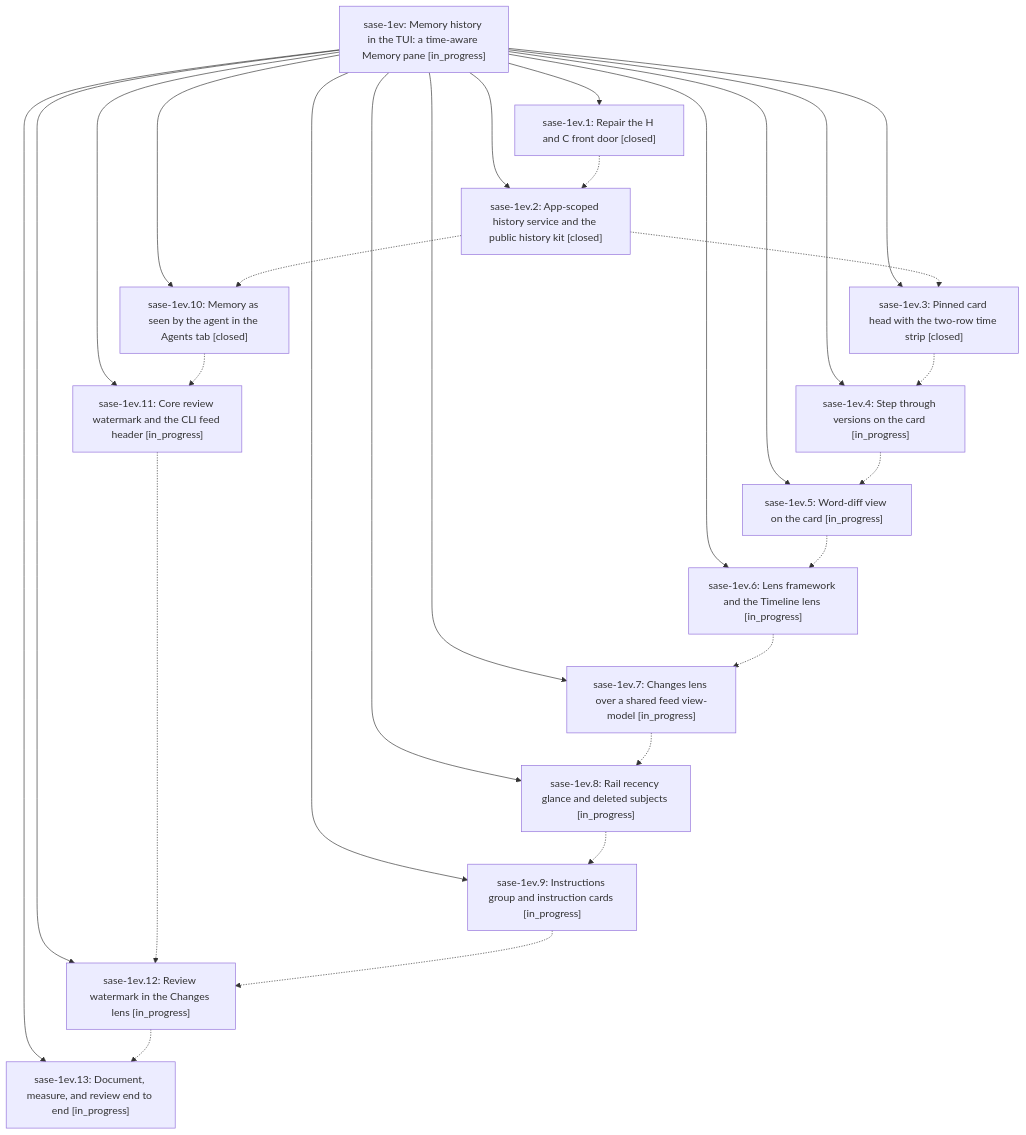
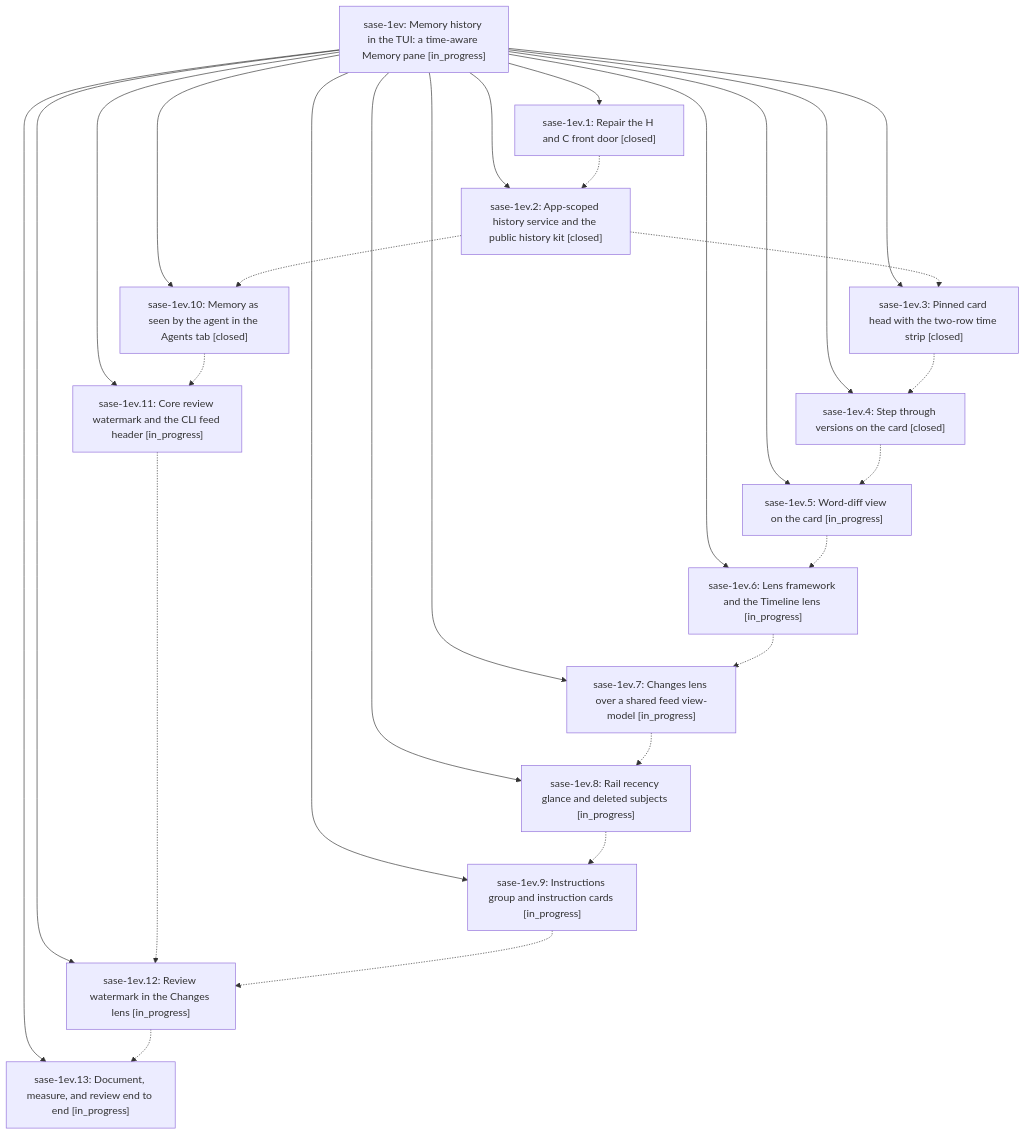
Before and after one commit to sase-org/sase--beads: the diagram in pages/sase-1ev/README.md, drawn with Mermaid. The commit also changed other lines of this file and 4 other files, not shown here.

````diff
--- a/pages/sase-1ev/README.md
+++ b/pages/sase-1ev/README.md
@@ -34,43 +34,43 @@
 ```mermaid
 flowchart TD
     n0["sase-1ev: Memory history in the TUI: a time-aware Memory pane [in_progress]"]
     n1["sase-1ev.1: Repair the H and C front door [closed]"]
     n2["sase-1ev.10: Memory as seen by the agent in the Agents tab [closed]"]
     n3["sase-1ev.11: Core review watermark and the CLI feed header [in_progress]"]
     n4["sase-1ev.12: Review watermark in the Changes lens [in_progress]"]
     n5["sase-1ev.13: Document, measure, and review end to end [in_progress]"]
     n6["sase-1ev.2: App-scoped history service and the public history kit [closed]"]
     n7["sase-1ev.3: Pinned card head with the two-row time strip [closed]"]
-    n8["sase-1ev.4: Step through versions on the card [in_progress]"]
+    n8["sase-1ev.4: Step through versions on the card [closed]"]
     n9["sase-1ev.5: Word-diff view on the card [in_progress]"]
     n10["sase-1ev.6: Lens framework and the Timeline lens [in_progress]"]
     n11["sase-1ev.7: Changes lens over a shared feed view-model [in_progress]"]
     n12["sase-1ev.8: Rail recency glance and deleted subjects [in_progress]"]
     n13["sase-1ev.9: Instructions group and instruction cards [in_progress]"]
     n0 --> n1
     n0 --> n2
     n0 --> n3
     n0 --> n4
     n0 --> n5
     n0 --> n6
     n0 --> n7
     n0 --> n8
     n0 --> n9
     n0 --> n10
     n0 --> n11
     n0 --> n12
     n0 --> n13
     n1 -.-> n6
     n2 -.-> n3
     n3 -.-> n4
     n4 -.-> n5
     n6 -.-> n2
     n6 -.-> n7
     n7 -.-> n8
     n8 -.-> n9
     n9 -.-> n10
     n10 -.-> n11
     n11 -.-> n12
     n12 -.-> n13
     n13 -.-> n4
 ```
````
